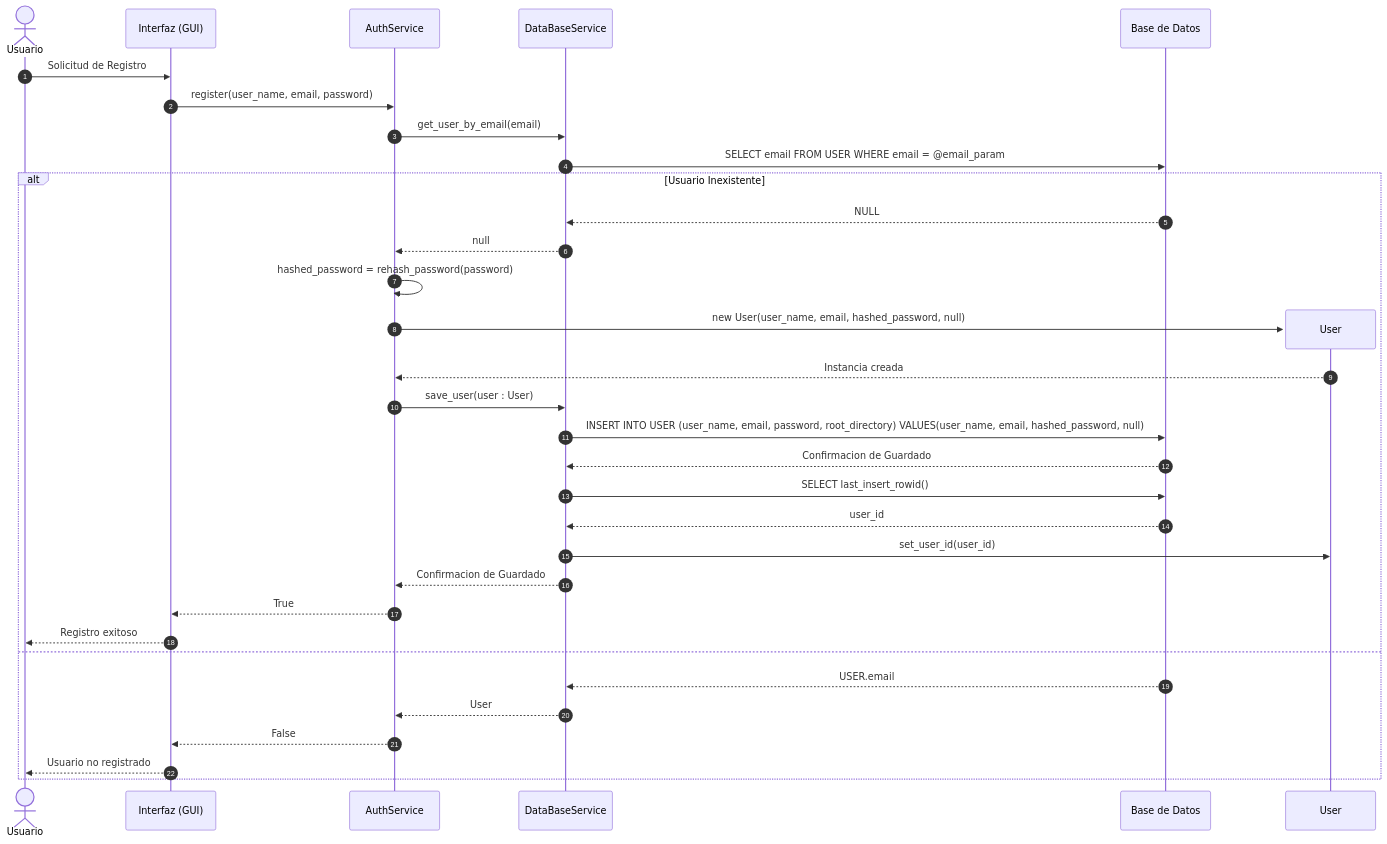
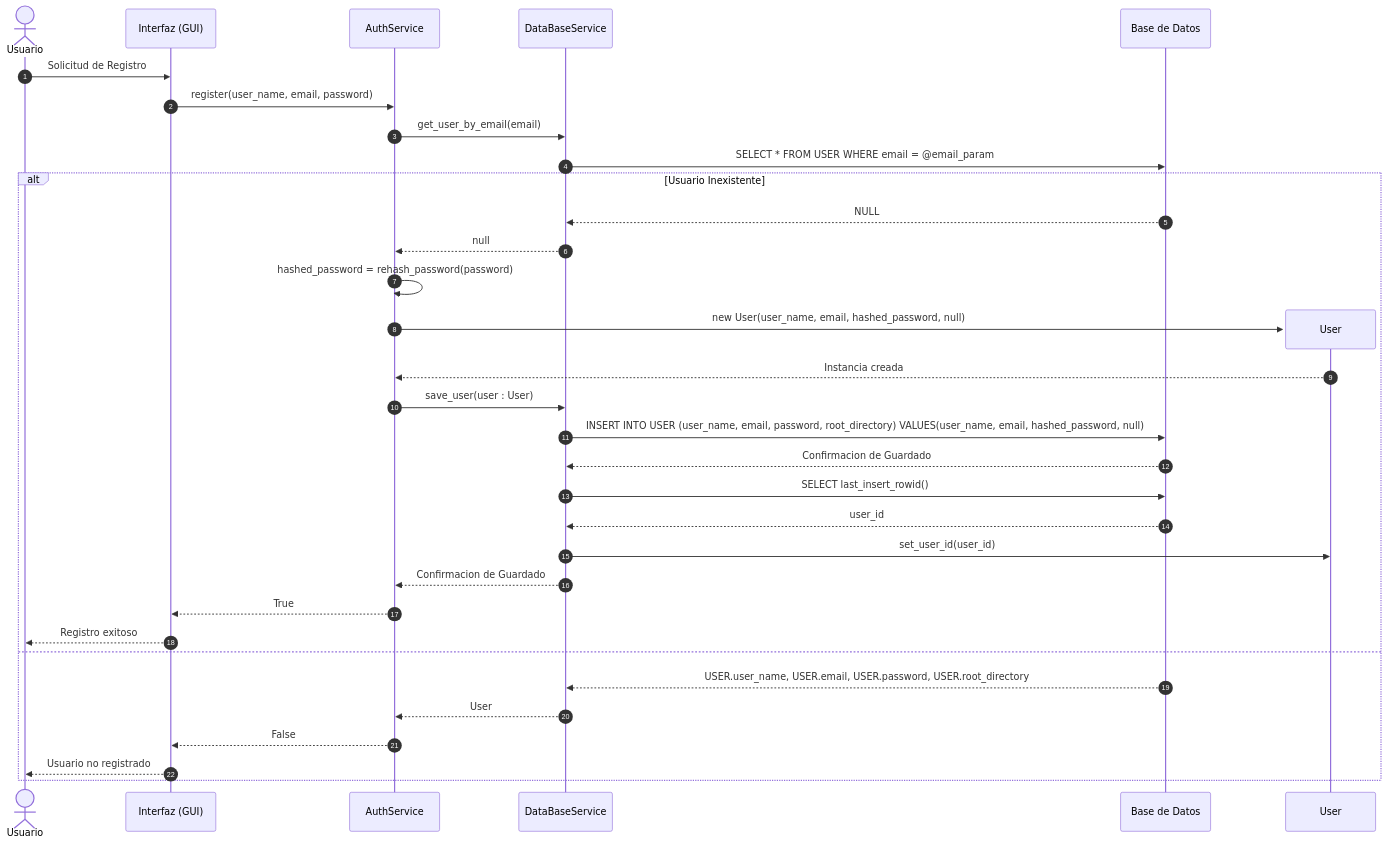
The first of 2 diagrams in Gmini-MarkDown/Diagramas/Diagramas de Secuencia.md (alegrelias/Repo-GMini), drawn with Mermaid before and after one commit. The commit also changed other lines of this file, not shown here.

Commit message:
Se agrega diagrama de secuencia

````diff
--- a/Gmini-MarkDown/Diagramas/Diagramas de Secuencia.md
+++ b/Gmini-MarkDown/Diagramas/Diagramas de Secuencia.md
@@ -8,41 +8,41 @@
 ```mermaid
 sequenceDiagram
 autonumber
 
 actor U as Usuario
 participant G as Interfaz (GUI)
 participant auth as AuthService
 
 
 U->>G: Solicitud de Registro
 G->>auth: register(user_name, email, password)
 
 
 participant dbs as DataBaseService
 participant db as Base de Datos
 
 auth->>dbs: get_user_by_email(email)
-dbs->>db: SELECT email FROM USER WHERE email = @email_param
+dbs->>db: SELECT * FROM USER WHERE email = @email_param
 alt Usuario Inexistente
 	db-->>dbs: NULL
 	dbs-->>auth: null
 	auth->>auth: hashed_password = rehash_password(password)
 	create participant user as User
 	auth->>user: new User(user_name, email, hashed_password, null)
 	user-->>auth: Instancia creada
 	auth->>dbs: save_user(user : User)
 	dbs->>db: INSERT INTO USER (user_name, email, password, root_directory) VALUES(user_name, email, hashed_password, null)
 	db-->>dbs: Confirmacion de Guardado
 	dbs->>db: SELECT last_insert_rowid()
 	db-->>dbs: user_id
 	dbs->>user: set_user_id(user_id)
 	dbs-->>auth: Confirmacion de Guardado
 	auth-->>G: True
 	G-->>U: Registro exitoso
 else
-	db-->>dbs: USER.email
+	db-->>dbs: USER.user_name, USER.email, USER.password, USER.root_directory
 	dbs-->>auth: User
 	auth-->>G: False
 	G-->>U: Usuario no registrado
 end
 ```
````
